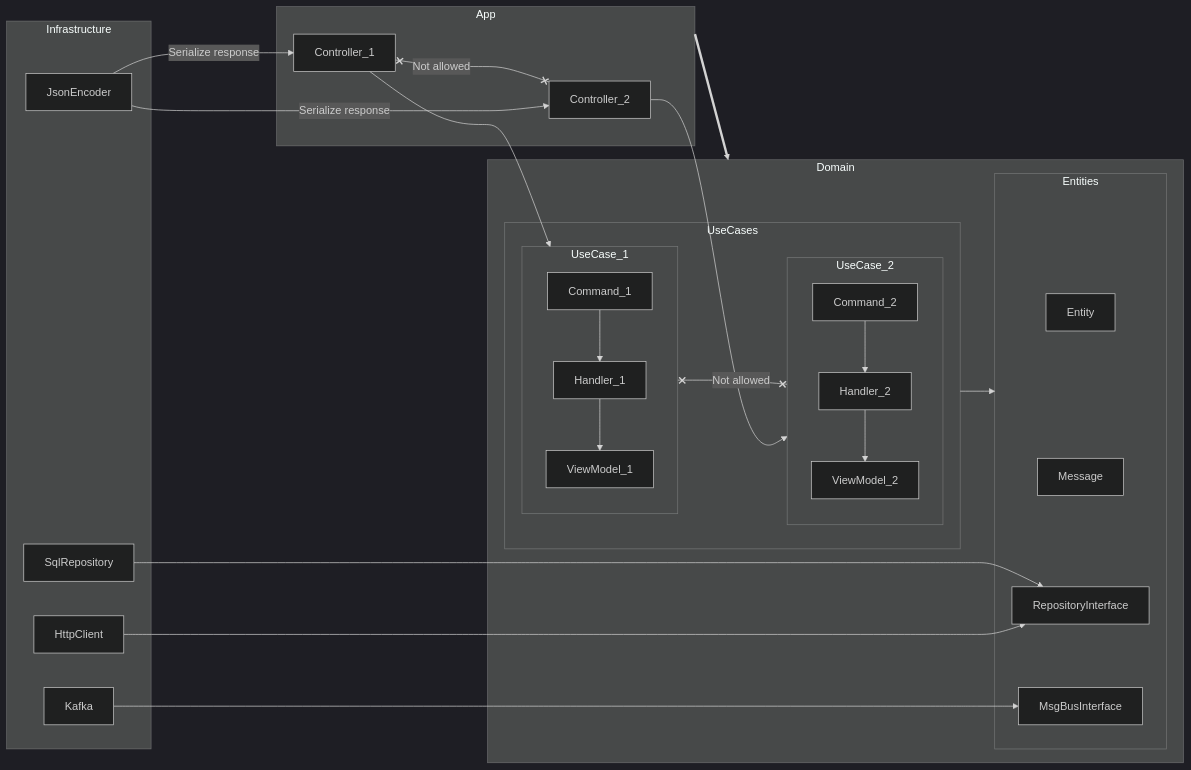
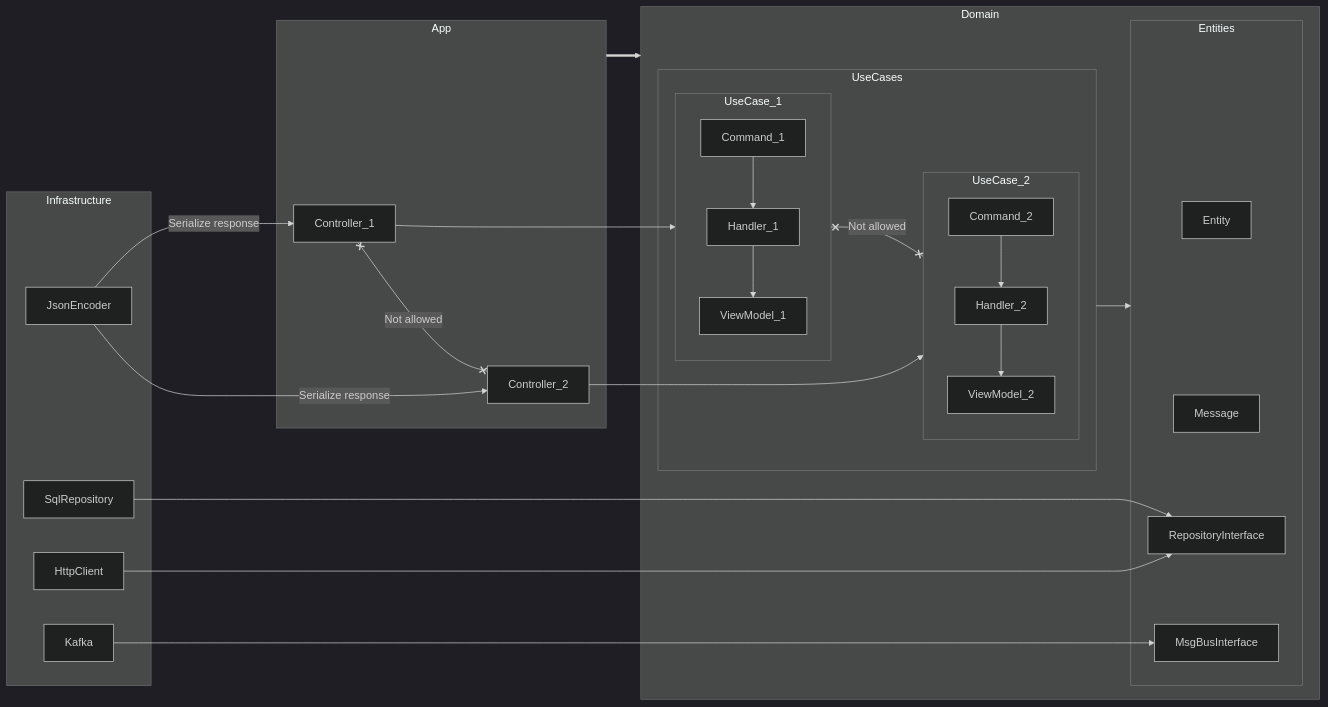
One commit to srgiz/symfony-blog changed the diagram in README.md. Above: the diagram before and after it, drawn with Mermaid (dark theme).

Commit message:
mermaid / 2

````diff
--- a/README.md
+++ b/README.md
@@ -28,34 +28,34 @@
 ```mermaid
 flowchart LR
     App ==> Domain
     subgraph App
         Controller_1 -- Not allowed x--x Controller_2
     end
     subgraph Domain
         UseCases --> Entities
     end
     subgraph UseCases
         UseCase_1 -- Not allowed x--x UseCase_2
     end
-    Controller_1 --> UseCase_1
-    Controller_2 --> UseCase_2
+    Controller_1 ---> UseCase_1
+    Controller_2 ---> UseCase_2
     subgraph UseCase_1
         Command_1 --> Handler_1 --> ViewModel_1
     end
     subgraph UseCase_2
         Command_2 --> Handler_2 --> ViewModel_2
     end
     subgraph Entities
         Entity
         Message
         RepositoryInterface
         MsgBusInterface
     end
     subgraph Infrastructure
         SqlRepository --> RepositoryInterface
         HttpClient --> RepositoryInterface
         Kafka --> MsgBusInterface
         JsonEncoder -- Serialize response --> Controller_1
         JsonEncoder -- Serialize response --> Controller_2
     end
 ```
````
